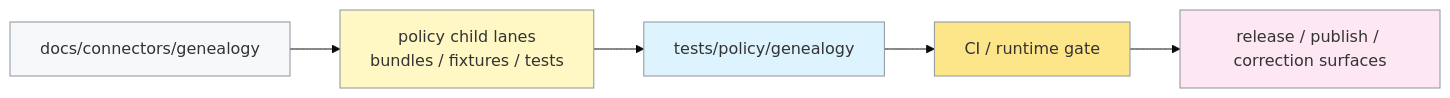
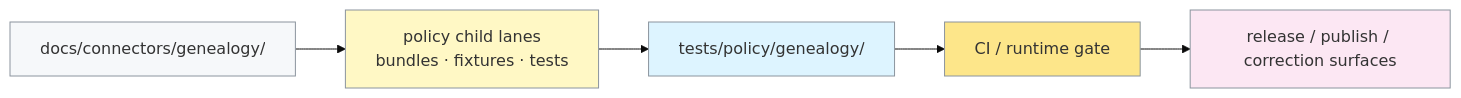
Before and after one commit to bartytime4life/Kansas-Frontier-Matrix: the diagram in tests/policy/genealogy/README.md, drawn with Mermaid (base theme). The commit also changed other lines of this file, not shown here.

````diff
--- a/tests/policy/genealogy/README.md
+++ b/tests/policy/genealogy/README.md
@@ -280,13 +374,13 @@
 ```mermaid
 flowchart LR
-  A[docs/connectors/genealogy] --> B[policy child lanes<br/>bundles / fixtures / tests]
-  B --> C[tests/policy/genealogy]
-  C --> D[CI / runtime gate]
-  D --> E[release / publish / correction surfaces]
+  A["docs/connectors/genealogy/"] --> B["policy child lanes<br/>bundles · fixtures · tests"]
+  B --> C["tests/policy/genealogy/"]
+  C --> D["CI / runtime gate"]
+  D --> E["release / publish / correction surfaces"]
 
   style A fill:#f6f8fa,stroke:#8b949e
   style B fill:#fff8c5,stroke:#8b949e
   style C fill:#ddf4ff,stroke:#8b949e
   style D fill:#fde68a,stroke:#8b949e
   style E fill:#fce7f3,stroke:#8b949e
 ```
````
